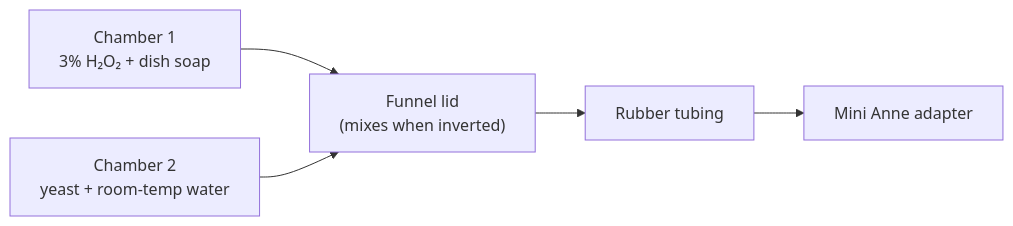
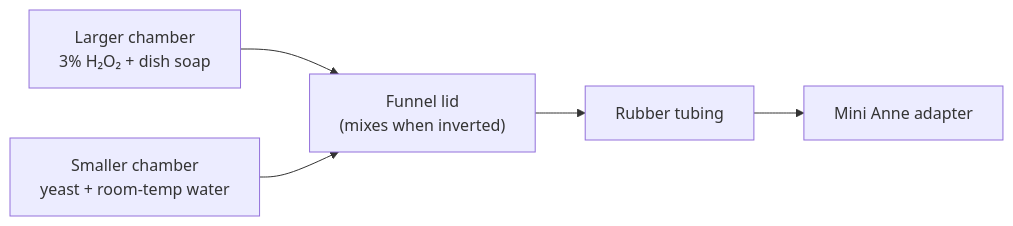
One commit to LavaTiger99/drowning-foaming-mannequin changed the diagram in README.md. Above: the diagram before and after it, drawn with Mermaid. The commit also changed other lines of this file and 1 other file, not shown here.

First line of the commit message:
Specify larger mixer chamber for peroxide and smaller for yeast

````diff
--- a/README.md
+++ b/README.md
@@ -32,12 +32,12 @@
 ```mermaid
 flowchart LR
-  C1["Chamber 1<br/>3% H₂O₂ + dish soap"]
-  C2["Chamber 2<br/>yeast + room-temp water"]
+  C1["Larger chamber<br/>3% H₂O₂ + dish soap"]
+  C2["Smaller chamber<br/>yeast + room-temp water"]
   Lid["Funnel lid<br/>(mixes when inverted)"]
   Tube["Rubber tubing"]
   Mouth["Mini Anne adapter"]
 
   C1 --> Lid
   C2 --> Lid
   Lid --> Tube --> Mouth
 ```
````
